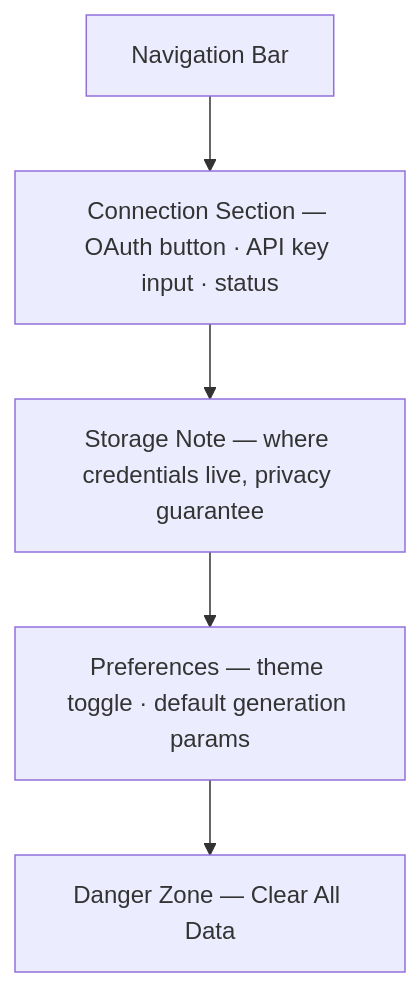
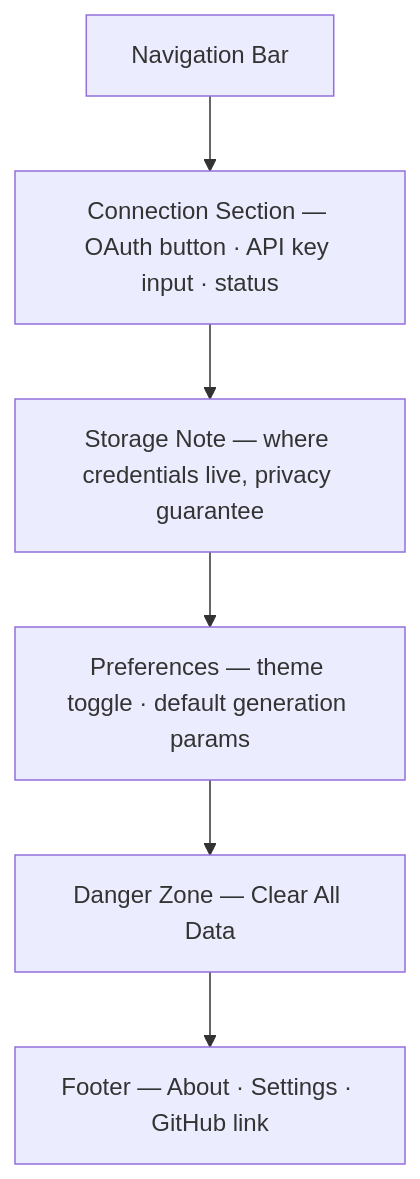
Before and after one commit to nsheaps/farish: the diagram in docs/pages/settings/SPEC.md, drawn with Mermaid. The commit also changed other lines of this file and 30 other files, not shown here.

First line of the commit message:
docs(pages): step-16 cross-page validation — global footer, nav consistency fixes

````diff
--- a/docs/pages/settings/SPEC.md
+++ b/docs/pages/settings/SPEC.md
@@ -38,9 +38,10 @@
 ```mermaid
 flowchart TB
     Nav[Navigation Bar]
     Connect[Connection Section — OAuth button · API key input · status]
     Storage[Storage Note — where credentials live, privacy guarantee]
     Prefs[Preferences — theme toggle · default generation params]
     Danger[Danger Zone — Clear All Data]
-    Nav --> Connect --> Storage --> Prefs --> Danger
+    Footer[Footer — About · Settings · GitHub link]
+    Nav --> Connect --> Storage --> Prefs --> Danger --> Footer
 ```
````
